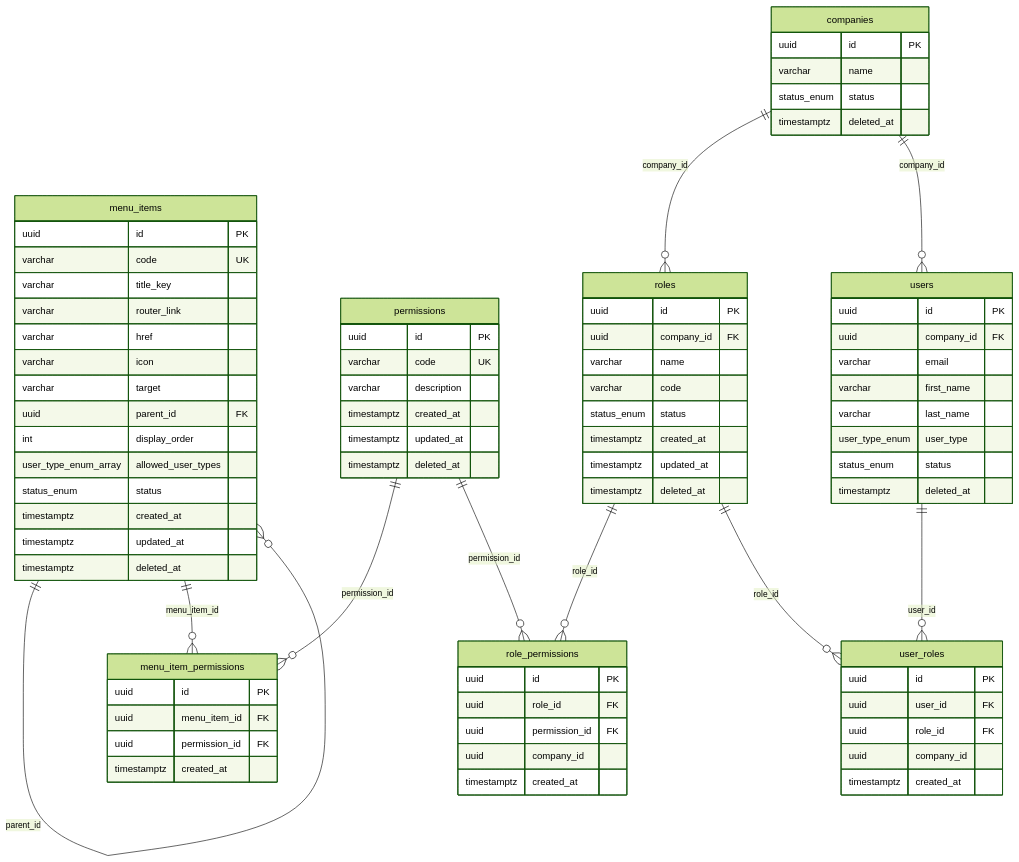
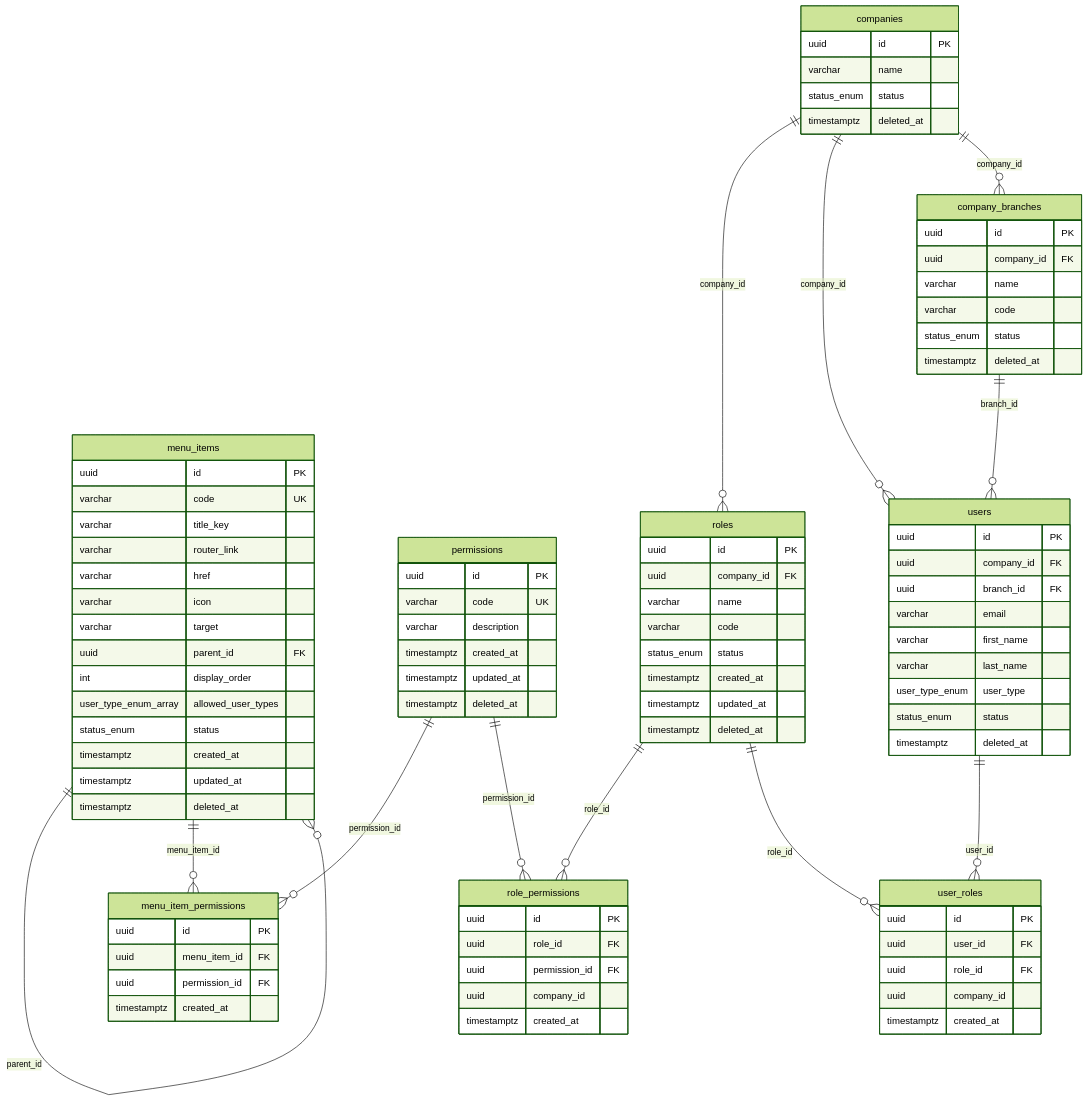
One commit to apaul6dev/obralink-backend changed the fourth of 4 diagrams in MENU_CONFIGURATION.md. Above: the diagram before and after it, drawn with Mermaid (forest theme). The commit also changed other lines of this file and 2 other files, not shown here.

````diff
--- a/MENU_CONFIGURATION.md
+++ b/MENU_CONFIGURATION.md
@@ -133,6 +144,8 @@
   users ||--o{ user_roles : "user_id"
   companies ||--o{ roles : "company_id"
   companies ||--o{ users : "company_id"
+  companies ||--o{ company_branches : "company_id"
+  company_branches ||--o{ users : "branch_id"
 
   menu_items {
     uuid id PK
@@ -197,6 +210,7 @@
   users {
     uuid id PK
     uuid company_id FK
+    uuid branch_id FK
     varchar email
     varchar first_name
     varchar last_name
@@ -211,4 +225,13 @@
     status_enum status
     timestamptz deleted_at
   }
+
+  company_branches {
+    uuid id PK
+    uuid company_id FK
+    varchar name
+    varchar code
+    status_enum status
+    timestamptz deleted_at
+  }
 ```
````
